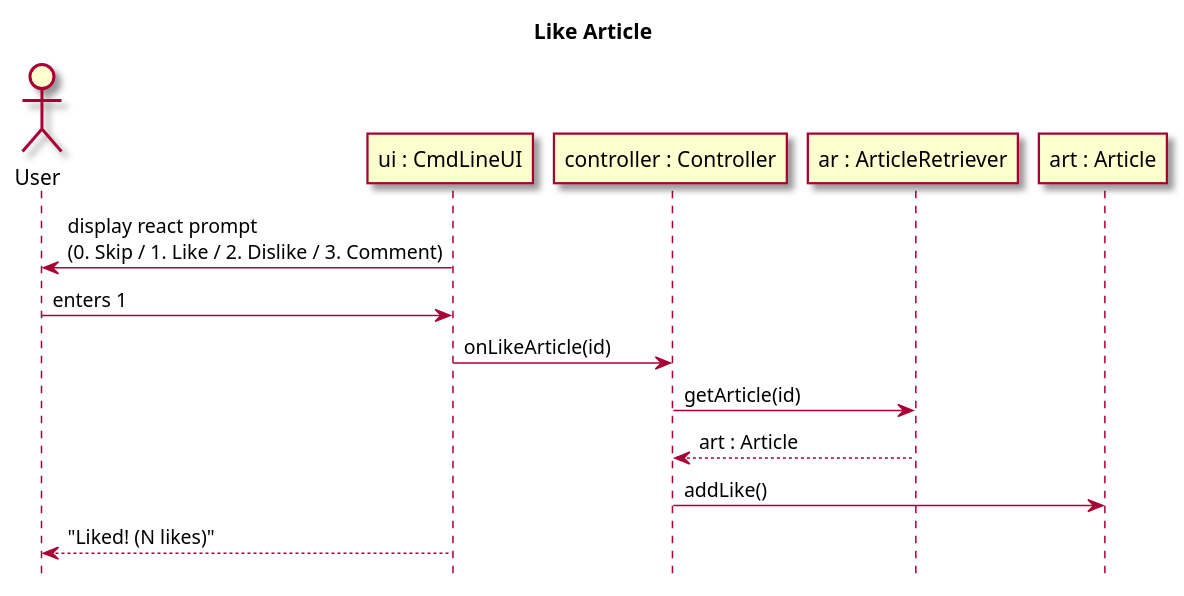
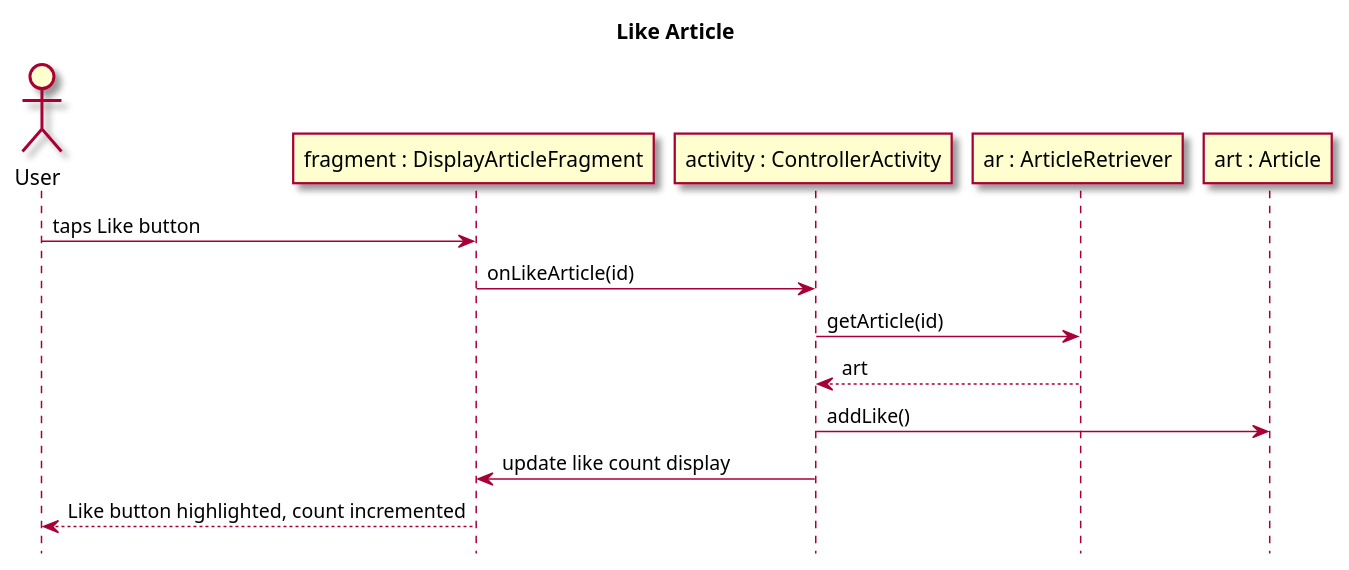
Before and after one commit to owhitleym-ui/EcoScoop: the second of 5 diagrams in intellij/doc/use-cases/react-article.md, drawn with PlantUML. The commit also changed other lines of this file and 12 other files, not shown here.

Commit message:
Updated documentation, class diagram, use cases, and readme

````diff
--- a/intellij/doc/use-cases/react-article.md
+++ b/intellij/doc/use-cases/react-article.md
@@ -79,22 +71,22 @@
 ```plantuml
 @startuml
 skin rose
 hide footbox
 title Like Article
 
 actor User as user
-participant "ui : CmdLineUI" as UI
-participant "controller : Controller" as controller
+participant "fragment : DisplayArticleFragment" as UI
+participant "activity : ControllerActivity" as controller
 participant "ar : ArticleRetriever" as AR
 participant "art : Article" as article
 
-UI -> user : display react prompt\n(0. Skip / 1. Like / 2. Dislike / 3. Comment)
-user -> UI : enters 1
+user -> UI : taps Like button
 UI -> controller : onLikeArticle(id)
 controller -> AR : getArticle(id)
-AR --> controller : art : Article
+AR --> controller : art
 controller -> article : addLike()
-UI --> user : "Liked! (N likes)"
+controller -> UI : update like count display
+UI --> user : Like button highlighted, count incremented
 
 @enduml
 ```
````
